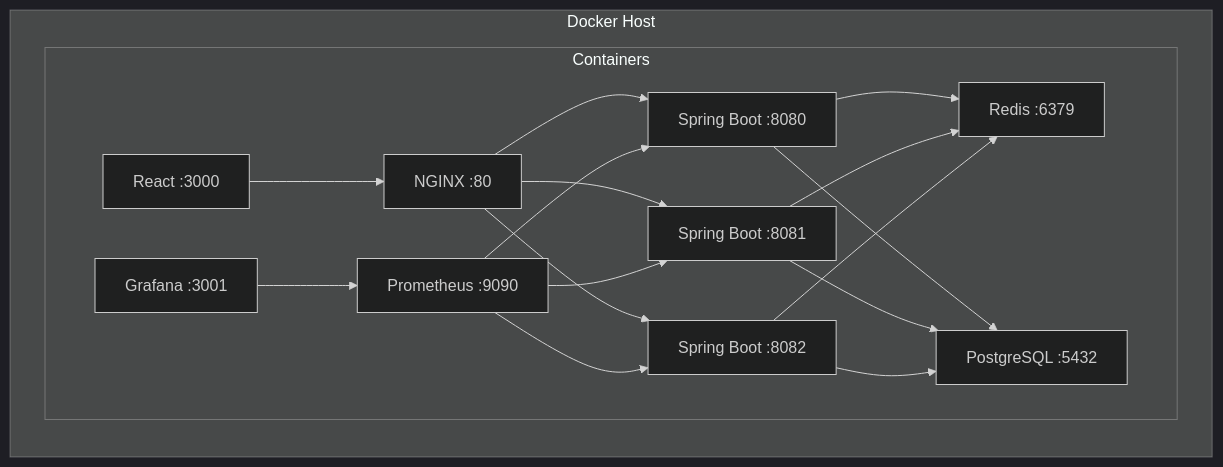
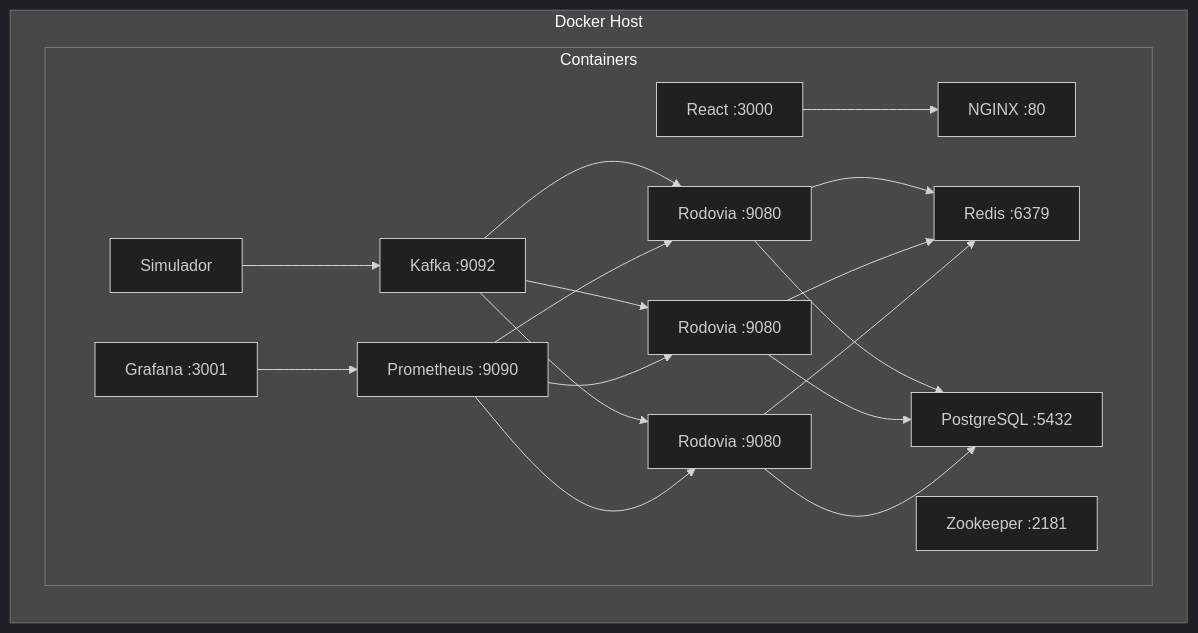
Before and after one commit to heloan/smart-toll-cache-system: the sixth of 7 diagrams in docs/uml-diagrams.md, drawn with Mermaid (dark theme). The commit also changed other lines of this file and 175 other files, not shown here.

First line of the commit message:
refactor: restructure project based on rodovia and simulador implementations

````diff
--- a/docs/uml-diagrams.md
+++ b/docs/uml-diagrams.md
@@ -186,31 +272,35 @@
 ```mermaid
 graph LR
     subgraph Docker Host
         subgraph Containers
             NGINX[NGINX :80]
-            SB1[Spring Boot :8080]
-            SB2[Spring Boot :8081]
-            SB3[Spring Boot :8082]
+            SB1[Rodovia :9080]
+            SB2[Rodovia :9080]
+            SB3[Rodovia :9080]
+            KAFKA[Kafka :9092]
+            ZK[Zookeeper :2181]
             REDIS[Redis :6379]
             PG[PostgreSQL :5432]
             FE[React :3000]
+            SIM[Simulador]
             PROM[Prometheus :9090]
             GRAF[Grafana :3001]
         end
     end
 
-    NGINX --> SB1
-    NGINX --> SB2
-    NGINX --> SB3
     SB1 --> REDIS
     SB2 --> REDIS
     SB3 --> REDIS
     SB1 --> PG
     SB2 --> PG
     SB3 --> PG
+    KAFKA --> SB1
+    KAFKA --> SB2
+    KAFKA --> SB3
+    SIM --> KAFKA
     PROM --> SB1
     PROM --> SB2
     PROM --> SB3
     GRAF --> PROM
     FE --> NGINX
 ```
````
